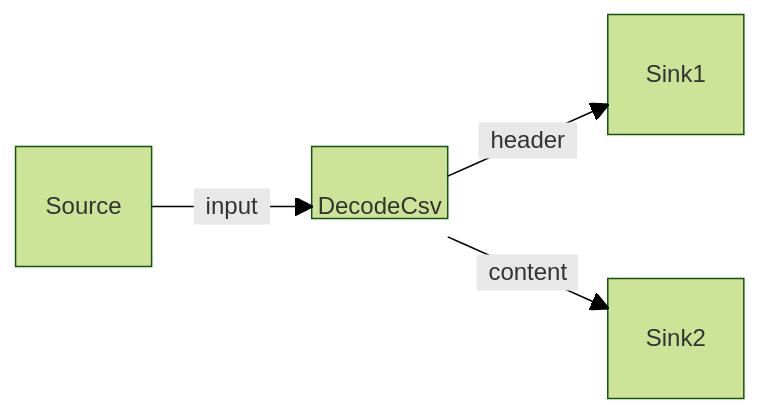
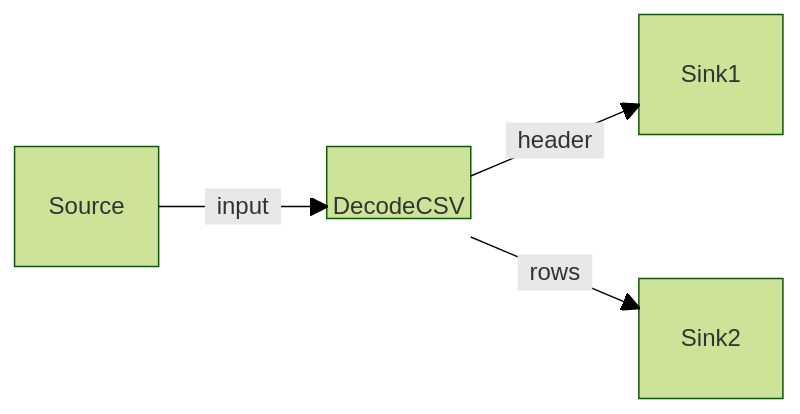
The diagram in lib/protoflow-blocks/doc/text/decode_csv.mmd (AsimovPlatform/protoflow), drawn with Mermaid (forest theme) before and after one commit. The commit also changed 11 other files, not shown here.

```diff
--- a/lib/protoflow-blocks/doc/text/decode_csv.mmd
+++ b/lib/protoflow-blocks/doc/text/decode_csv.mmd
@@ -1,15 +1,15 @@
 block-beta
     columns 7
     space:5 Sink1 space:1
-    space:1 Source space:1 DecodeCsv space:3
+    space:1 Source space:1 DecodeCSV space:3
     space:5 Sink2 space:1
-    Source-- "input" -->DecodeCsv
-    DecodeCsv-- "header" -->Sink1
-    DecodeCsv-- "content" -->Sink2
+    Source-- "input" -->DecodeCSV
+    DecodeCSV-- "header" -->Sink1
+    DecodeCSV-- "rows" -->Sink2
 
     classDef block height:48px,padding:8px;
     classDef hidden visibility:none;
-    class DecodeCsv block
+    class DecodeCSV block
     class Source hidden
     class Sink1 hidden
     class Sink2 hidden
```
